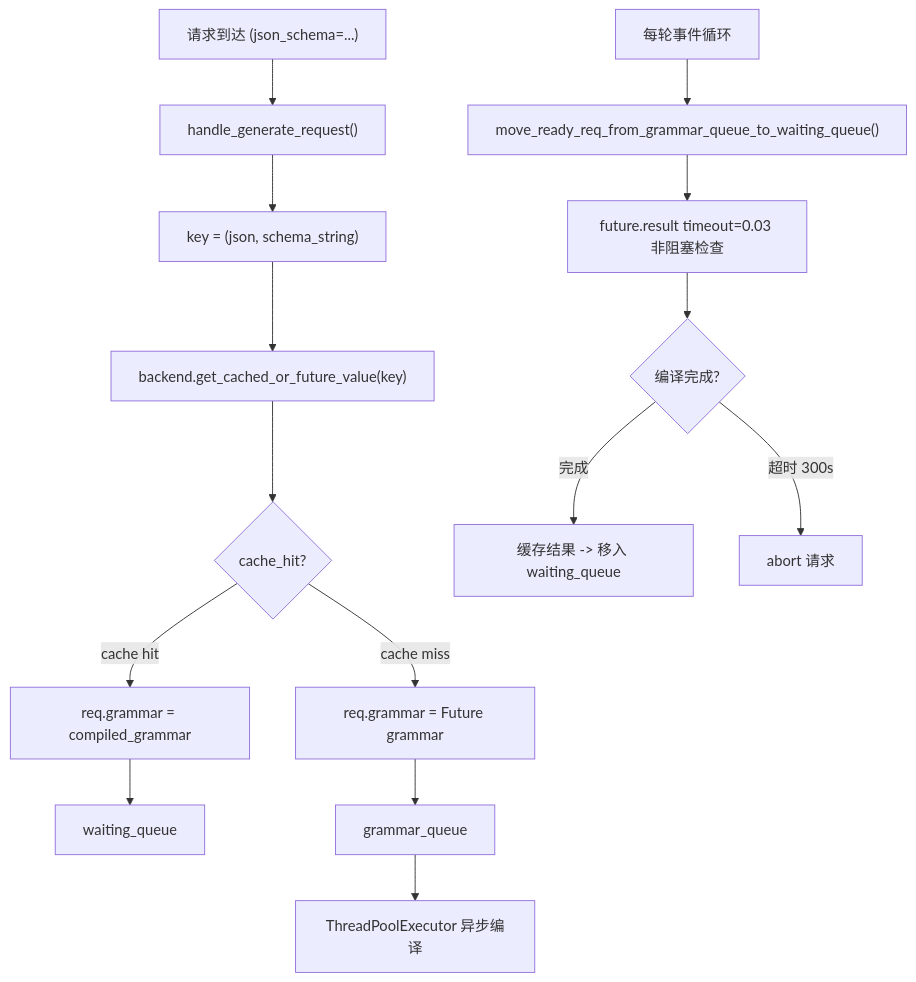
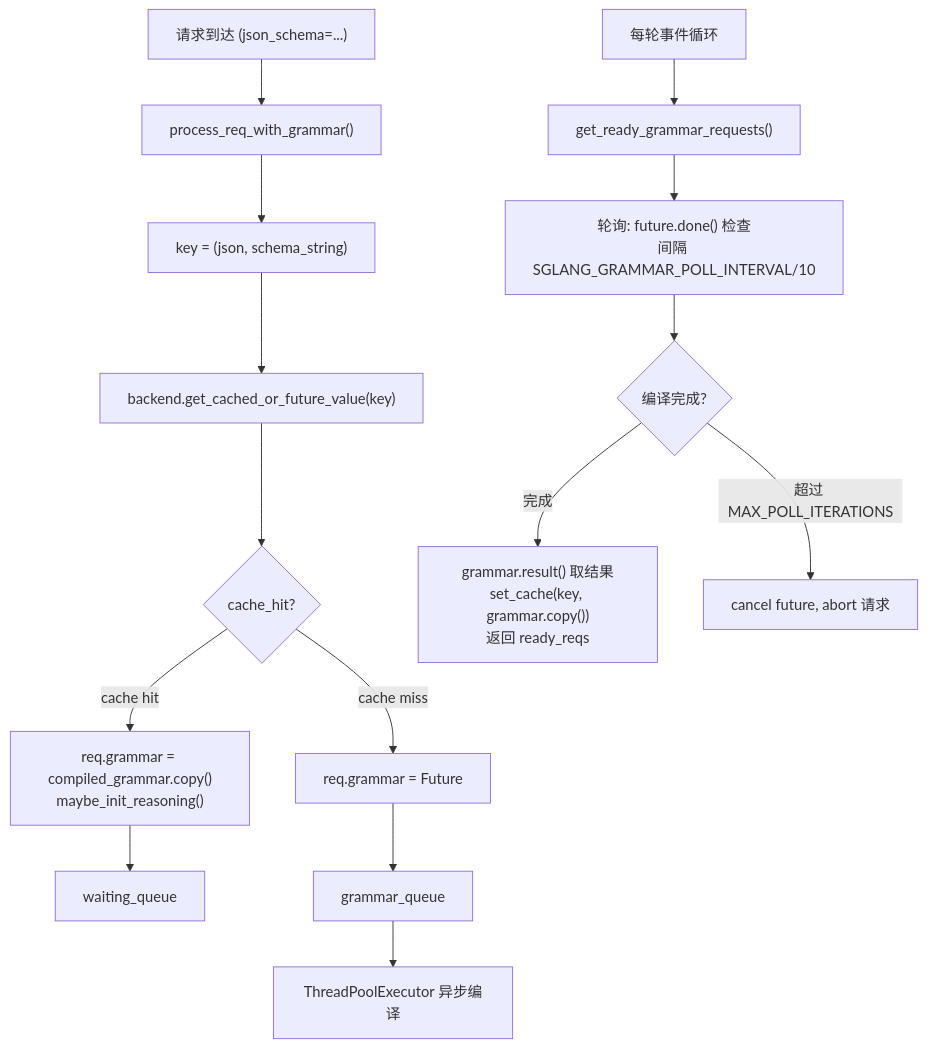
One commit to wesleyck/AIInfraNotes changed the third of 4 diagrams in SGLang/20-constrained-generation.md. Above: the diagram before and after it, drawn with Mermaid. The commit also changed other lines of this file and 26 other files, not shown here.

````diff
--- a/SGLang/20-constrained-generation.md
+++ b/SGLang/20-constrained-generation.md
@@ -134,20 +151,20 @@
 ```mermaid
 flowchart TD
-    A["请求到达 (json_schema=...)"] --> B["handle_generate_request()"]
+    A["请求到达 (json_schema=...)"] --> B["process_req_with_grammar()"]
     B --> C["key = (json, schema_string)"]
     C --> D["backend.get_cached_or_future_value(key)"]
     D --> E{cache_hit?}
 
-    E -- "cache hit" --> F["req.grammar = compiled_grammar"]
+    E -- "cache hit" --> F["req.grammar = compiled_grammar.copy()<br/>maybe_init_reasoning()"]
     F --> G["waiting_queue"]
 
-    E -- "cache miss" --> H["req.grammar = Future grammar"]
+    E -- "cache miss" --> H["req.grammar = Future"]
     H --> I["grammar_queue"]
     I --> J["ThreadPoolExecutor 异步编译"]
 
-    K["每轮事件循环"] --> L["move_ready_req_from_grammar_queue_to_waiting_queue()"]
-    L --> M["future.result timeout=0.03 非阻塞检查"]
+    K["每轮事件循环"] --> L["get_ready_grammar_requests()"]
+    L --> M["轮询: future.done() 检查<br/>间隔 SGLANG_GRAMMAR_POLL_INTERVAL/10"]
     M --> N{"编译完成?"}
-    N -- "完成" --> O["缓存结果 -> 移入 waiting_queue"]
-    N -- "超时 300s" --> P["abort 请求"]
+    N -- "完成" --> O["grammar.result() 取结果<br/>set_cache(key, grammar.copy())<br/>返回 ready_reqs"]
+    N -- "超过 MAX_POLL_ITERATIONS" --> P["cancel future, abort 请求"]
 ```
````
